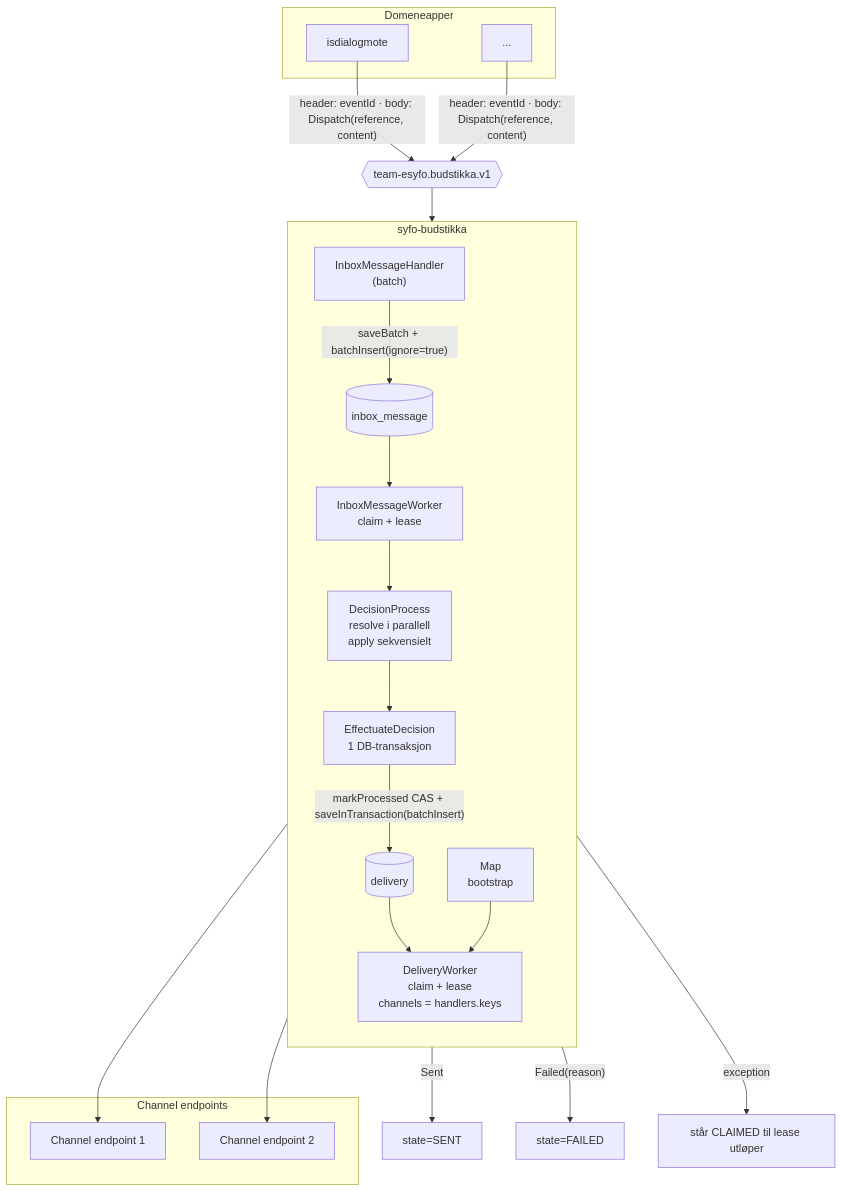
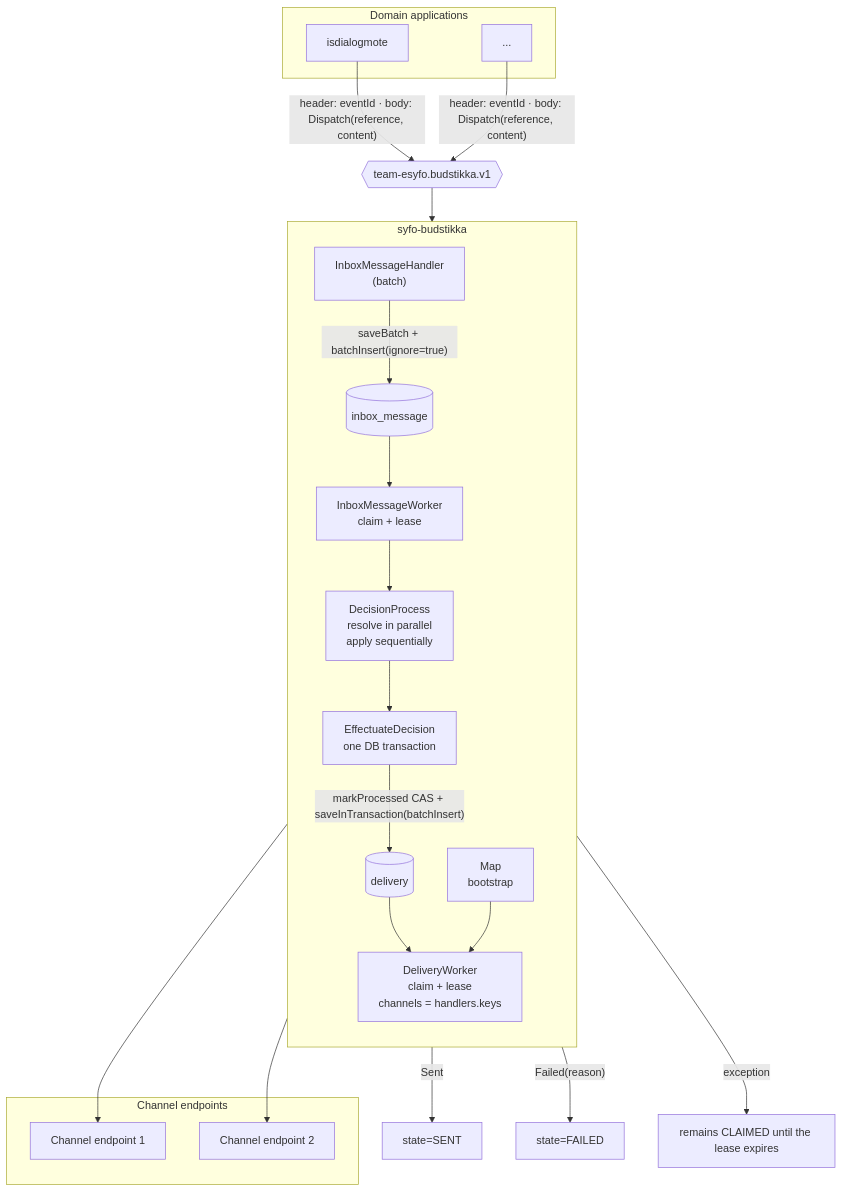
One commit to navikt/syfo-budstikka changed the diagram in docs/flyt.md. Above: the diagram before and after it, drawn with Mermaid. The commit also changed other lines of this file and 173 other files, not shown here.

````diff
--- a/docs/flyt.md
+++ b/docs/flyt.md
@@ -14,40 +19,40 @@
 ```mermaid
 flowchart TB
-    subgraph Producers["Domeneapper"]
+    subgraph Producers["Domain applications"]
         P1["isdialogmote"]
         P2["..."]
     end
 
     P1 & P2 -->|"header: eventId · body: Dispatch(reference, content)"| TOPIC{{"team-esyfo.budstikka.v1"}}
 
     subgraph Budstikka["syfo-budstikka"]
         direction TB
         CONS["InboxMessageHandler<br/>(batch)"]
         INBOX[("inbox_message")]
         IWORK["InboxMessageWorker<br/>claim + lease"]
-        DEC["DecisionProcess<br/>resolve i parallell<br/>apply sekvensielt"]
-        EFF["EffectuateDecision<br/>1 DB-transaksjon"]
+        DEC["DecisionProcess<br/>resolve in parallel<br/>apply sequentially"]
+        EFF["EffectuateDecision<br/>one DB transaction"]
         OUTBOX[("delivery")]
         DWORK["DeliveryWorker<br/>claim + lease<br/>channels = handlers.keys"]
         MAP["Map<Channel, ChannelHandler><br/>bootstrap"]
     end
 
     TOPIC --> CONS
     CONS -->|"saveBatch + batchInsert(ignore=true)"| INBOX
     INBOX --> IWORK
     IWORK --> DEC --> EFF
     EFF -->|"markProcessed CAS + saveInTransaction(batchInsert)"| OUTBOX
     OUTBOX --> DWORK
     MAP --> DWORK
 
     DWORK -->|"Sent"| SENT["state=SENT"]
     DWORK -->|"Failed(reason)"| FAILED["state=FAILED"]
-    DWORK -->|"exception"| RECLAIM["står CLAIMED til lease utløper"]
+    DWORK -->|"exception"| RECLAIM["remains CLAIMED until the lease expires"]
 
     subgraph Outbound["Channel endpoints"]
         CH1["Channel endpoint 1"]
         CH2["Channel endpoint 2"]
     end
     DWORK --> CH1
     DWORK --> CH2
 ```
````
